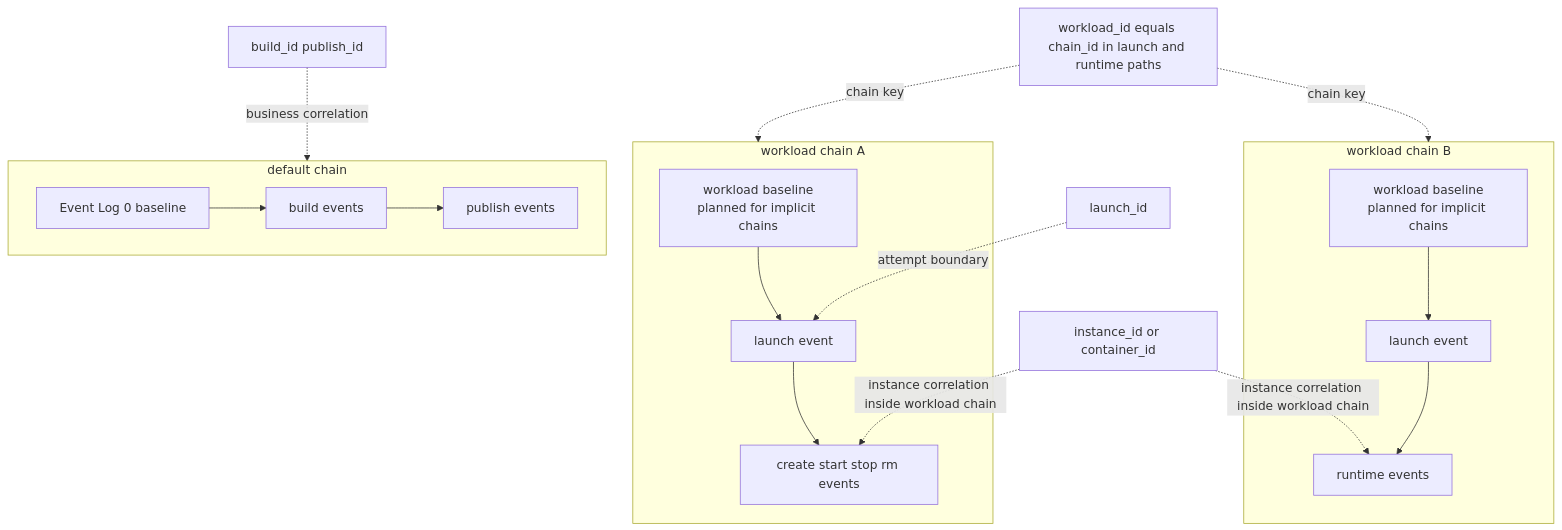
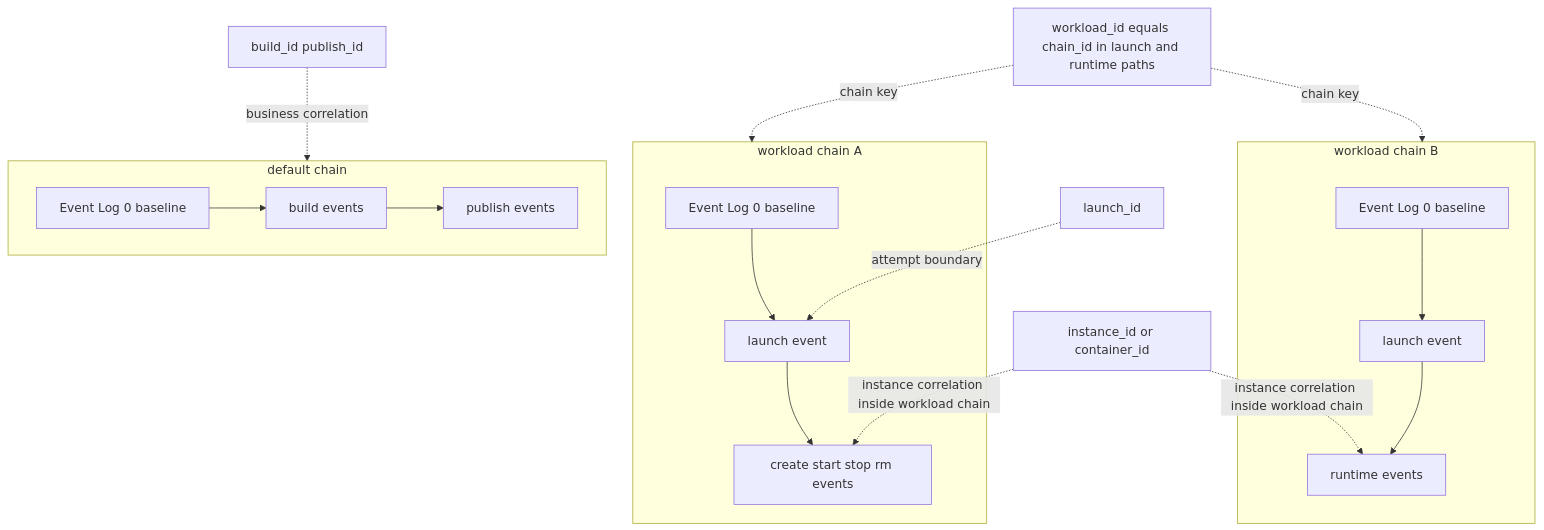
One commit to intel/confidential-computing-zoo changed the fifth of 6 diagrams in docs/architecture.md. Above: the diagram before and after it, drawn with Mermaid. The commit also changed other lines of this file and 100 other files, not shown here.

````diff
--- a/docs/architecture.md
+++ b/docs/architecture.md
@@ -123,30 +124,30 @@
 ```mermaid
 flowchart TB
   subgraph DEFAULT[default chain]
     d0[Event Log 0 baseline]
     d1[build events]
     d2[publish events]
     d0 --> d1 --> d2
   end
 
   subgraph W1[workload chain A]
-    w10[workload baseline<br/>planned for implicit chains]
+    w10[Event Log 0 baseline]
     w11[launch event]
     w12[create start stop rm events]
     w10 --> w11 --> w12
   end
 
   subgraph W2[workload chain B]
-    w20[workload baseline<br/>planned for implicit chains]
+    w20[Event Log 0 baseline]
     w21[launch event]
     w22[runtime events]
     w20 --> w21 --> w22
   end
 
   buildid[build_id publish_id] -. business correlation .-> DEFAULT
   workloadid[workload_id equals chain_id in launch and runtime paths] -. chain key .-> W1
   workloadid -. chain key .-> W2
   launchid[launch_id] -. attempt boundary .-> w11
   instanceid[instance_id or container_id] -. instance correlation inside workload chain .-> w12
   instanceid -. instance correlation inside workload chain .-> w22
 ```
````
